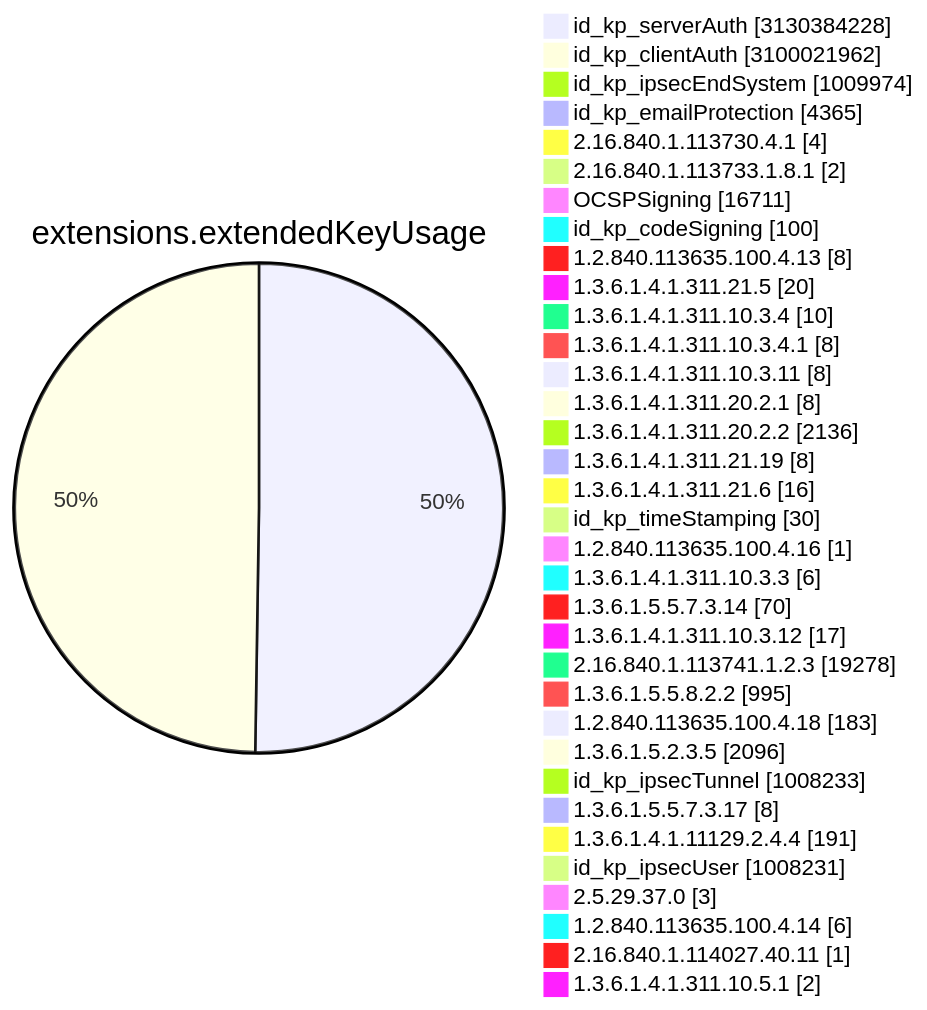
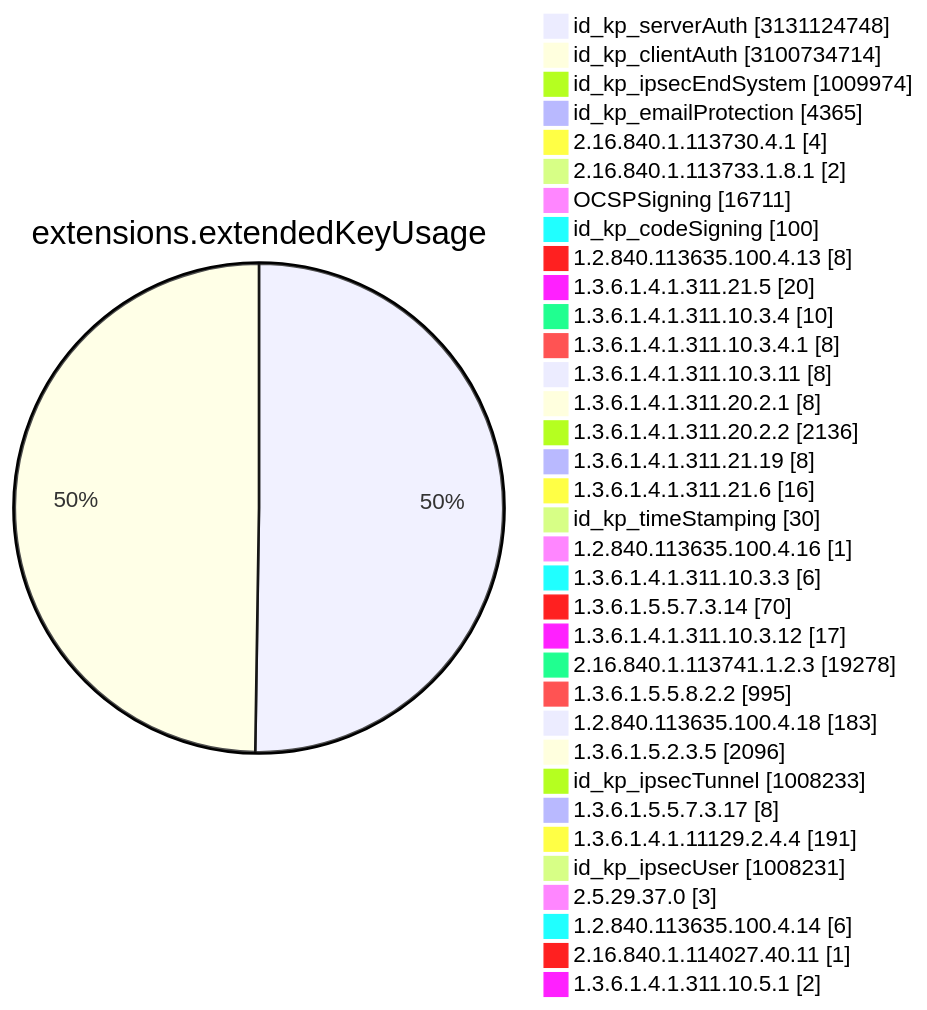
One commit to christiankrug/ctmonitor_visualization changed diagram 11 of 15 in TOTAL/README.md. Above: the diagram before and after it, drawn with Mermaid. The commit also changed other lines of this file, not shown here.

````diff
--- a/TOTAL/README.md
+++ b/TOTAL/README.md
@@ -4117,38 +4117,38 @@
 ```mermaid
 pie showData
 title extensions.extendedKeyUsage
-"id_kp_serverAuth" :3130384228
-"id_kp_clientAuth" :3100021962
+"id_kp_serverAuth" :3131124748
+"id_kp_clientAuth" :3100734714
 "id_kp_ipsecEndSystem" :1009974
 "id_kp_emailProtection" :4365
 "2.16.840.1.113730.4.1" :4
 "2.16.840.1.113733.1.8.1" :2
 "OCSPSigning" :16711
 "id_kp_codeSigning" :100
 "1.2.840.113635.100.4.13" :8
 "1.3.6.1.4.1.311.21.5" :20
 "1.3.6.1.4.1.311.10.3.4" :10
 "1.3.6.1.4.1.311.10.3.4.1" :8
 "1.3.6.1.4.1.311.10.3.11" :8
 "1.3.6.1.4.1.311.20.2.1" :8
 "1.3.6.1.4.1.311.20.2.2" :2136
 "1.3.6.1.4.1.311.21.19" :8
 "1.3.6.1.4.1.311.21.6" :16
 "id_kp_timeStamping" :30
 "1.2.840.113635.100.4.16" :1
 "1.3.6.1.4.1.311.10.3.3" :6
 "1.3.6.1.5.5.7.3.14" :70
 "1.3.6.1.4.1.311.10.3.12" :17
 "2.16.840.1.113741.1.2.3" :19278
 "1.3.6.1.5.5.8.2.2" :995
 "1.2.840.113635.100.4.18" :183
 "1.3.6.1.5.2.3.5" :2096
 "id_kp_ipsecTunnel" :1008233
 "1.3.6.1.5.5.7.3.17" :8
 "1.3.6.1.4.1.11129.2.4.4" :191
 "id_kp_ipsecUser" :1008231
 "2.5.29.37.0" :3
 "1.2.840.113635.100.4.14" :6
 "2.16.840.1.114027.40.11" :1
 "1.3.6.1.4.1.311.10.5.1" :2
 ```
````
